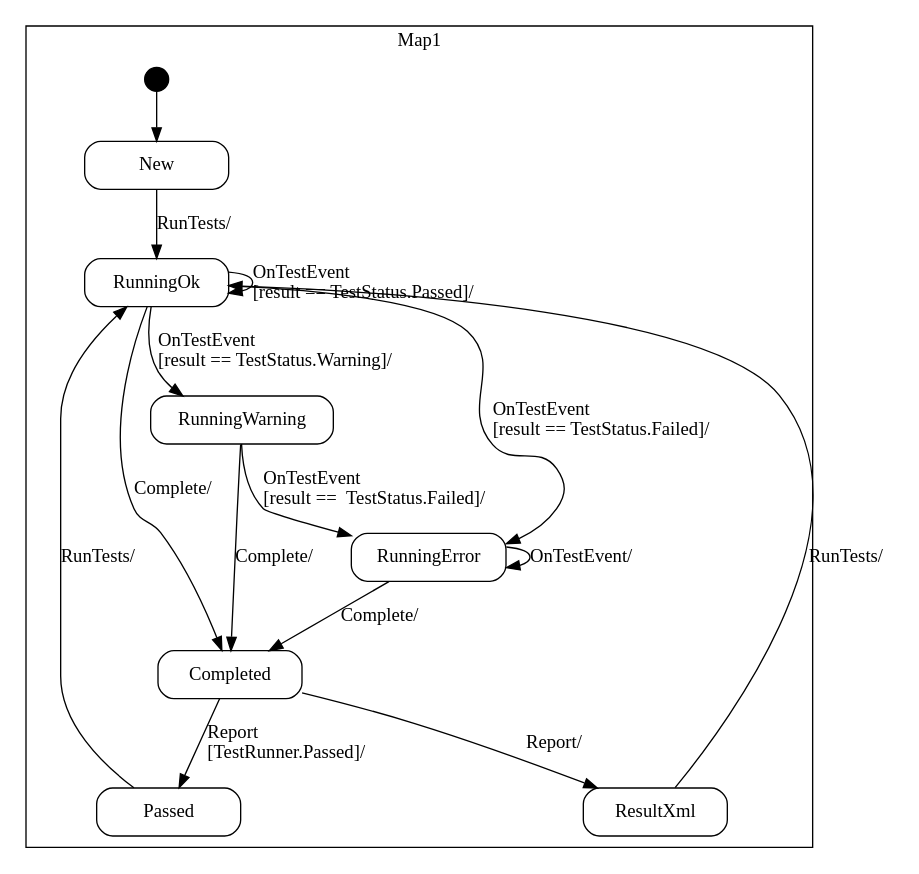
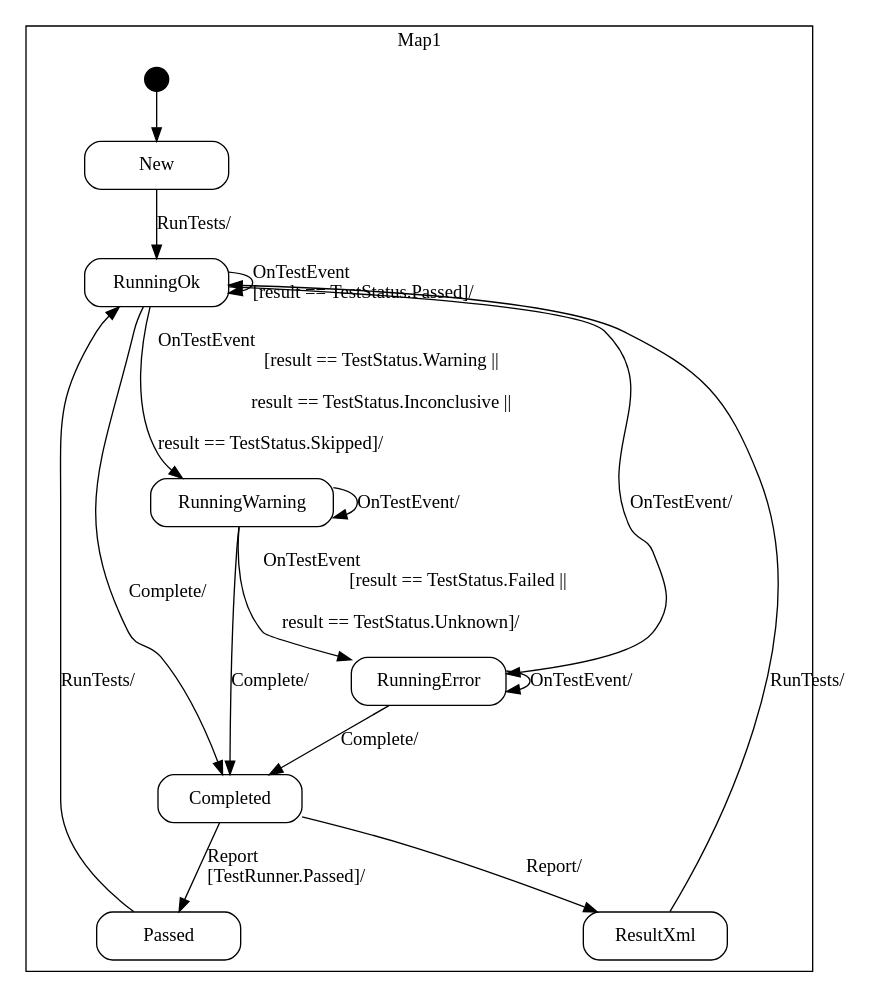
The diagram in src/iselenium.blazor/TestRunnerSmc/TestRunnerFsm_sm.dot (toniarnold/aspnettest), drawn with Graphviz before and after one commit. The commit also changed 27 other files, not shown here.

```diff
--- a/src/iselenium.blazor/TestRunnerSmc/TestRunnerFsm_sm.dot
+++ b/src/iselenium.blazor/TestRunnerSmc/TestRunnerFsm_sm.dot
@@ -1,84 +1,90 @@
 digraph TestRunnerFsm {
 
     node
         [shape=Mrecord width=1.5];
 
     subgraph cluster_Map1 {
 
         label="Map1";
 
         //
         // States (Nodes)
         //
 
         "Map1::New"
             [label="{New}"];
 
         "Map1::RunningOk"
             [label="{RunningOk}"];
 
         "Map1::RunningWarning"
             [label="{RunningWarning}"];
 
         "Map1::RunningError"
             [label="{RunningError}"];
 
         "Map1::Completed"
             [label="{Completed}"];
 
         "Map1::Passed"
             [label="{Passed}"];
 
         "Map1::ResultXml"
             [label="{ResultXml}"];
 
         "%start"
             [label="" shape=circle style=filled fillcolor=black width=0.25];
 
         //
         // Transitions (Edges)
         //
 
         "Map1::New" -> "Map1::RunningOk"
             [label="RunTests/\l"];
 
         "Map1::RunningOk" -> "Map1::RunningOk"
             [label="OnTestEvent\l\[result == TestStatus.Passed\]/\l"];
 
         "Map1::RunningOk" -> "Map1::RunningWarning"
-            [label="OnTestEvent\l\[result == TestStatus.Warning\]/\l"];
+            [label="OnTestEvent\l\[result == TestStatus.Warning ||
+\l		 result == TestStatus.Inconclusive ||
+\l		 result == TestStatus.Skipped\]/\l"];
 
         "Map1::RunningOk" -> "Map1::RunningError"
-            [label="OnTestEvent\l\[result == TestStatus.Failed\]/\l"];
+            [label="OnTestEvent/\l"];
 
         "Map1::RunningOk" -> "Map1::Completed"
             [label="Complete/\l"];
 
         "Map1::RunningWarning" -> "Map1::RunningError"
-            [label="OnTestEvent\l\[result ==  TestStatus.Failed\]/\l"];
+            [label="OnTestEvent\l\[result == TestStatus.Failed ||
+\l	     result == TestStatus.Unknown\]/\l"];
+
+        "Map1::RunningWarning" -> "Map1::RunningWarning"
+            [label="OnTestEvent/\l"];
 
         "Map1::RunningWarning" -> "Map1::Completed"
             [label="Complete/\l"];
 
         "Map1::RunningError" -> "Map1::RunningError"
             [label="OnTestEvent/\l"];
 
         "Map1::RunningError" -> "Map1::Completed"
             [label="Complete/\l"];
 
         "Map1::Completed" -> "Map1::Passed"
             [label="Report\l\[TestRunner.Passed\]/\l"];
 
         "Map1::Completed" -> "Map1::ResultXml"
             [label="Report/\l"];
 
         "Map1::Passed" -> "Map1::RunningOk"
             [label="RunTests/\l"];
 
         "Map1::ResultXml" -> "Map1::RunningOk"
             [label="RunTests/\l"];
 
         "%start" -> "Map1::New"
     }
 
 }
```
